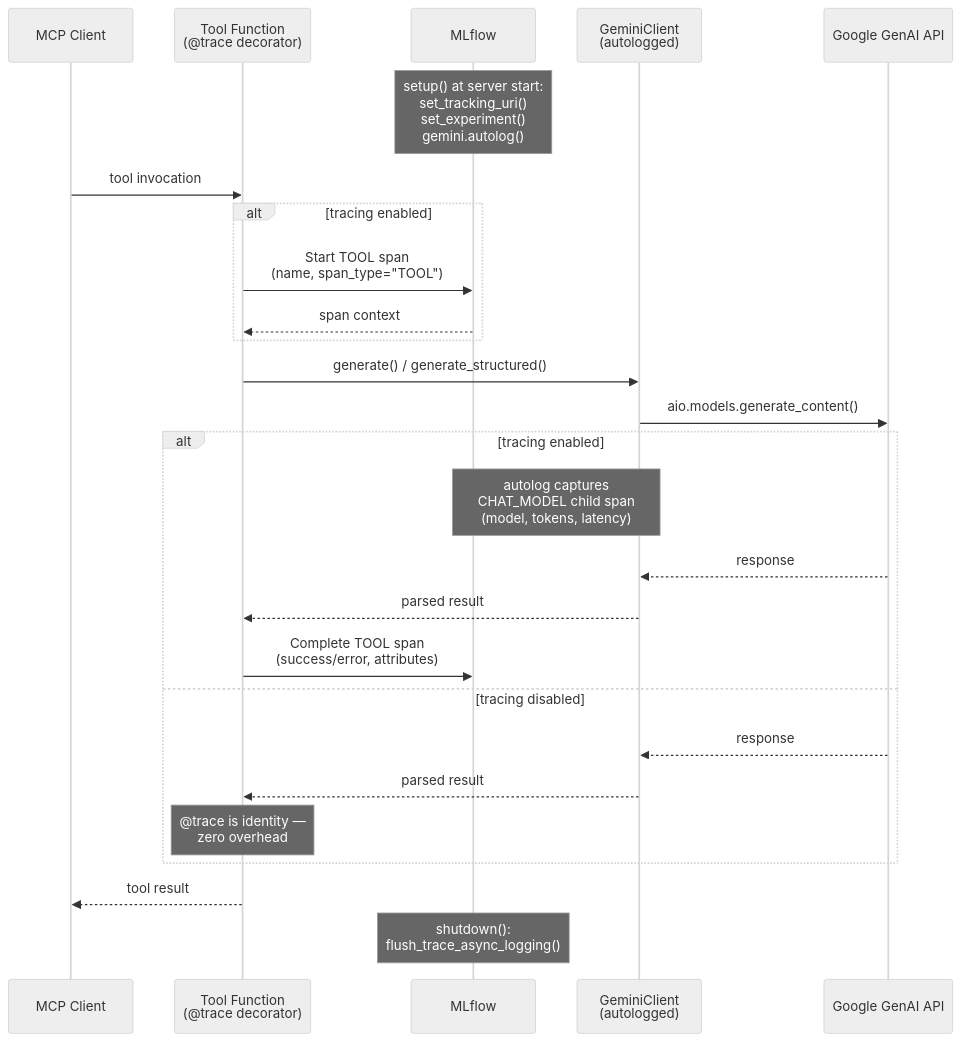
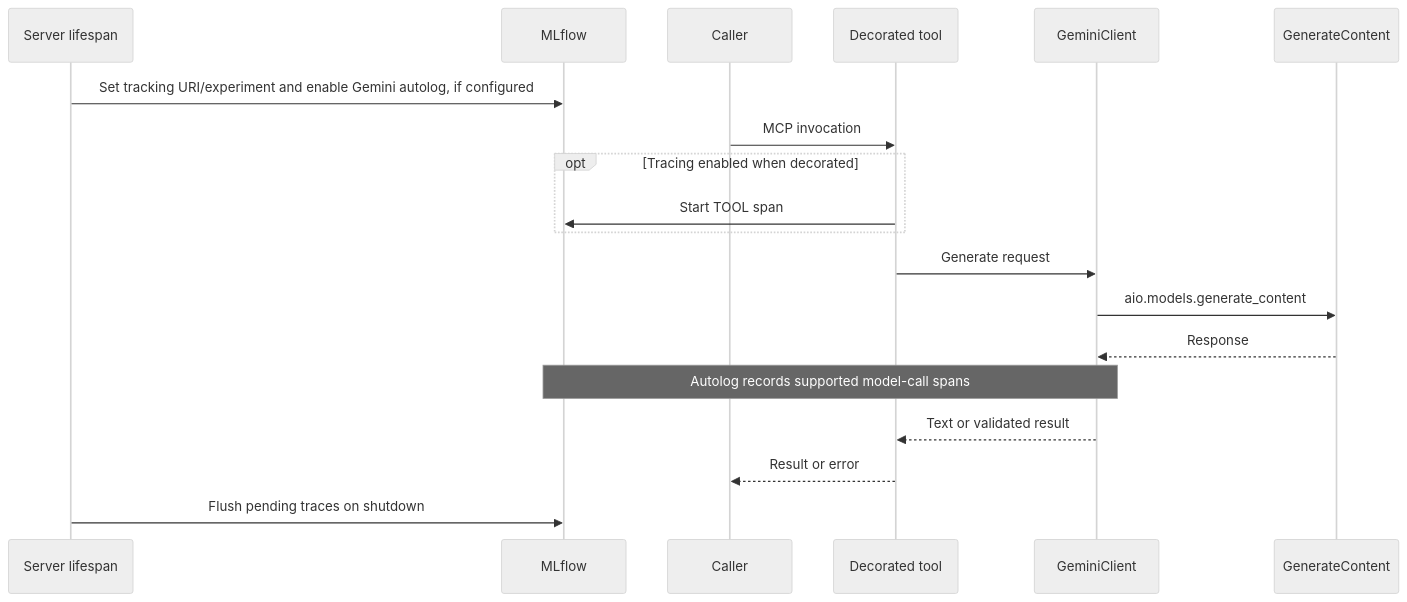
One commit to Galbaz1/video-research-mcp changed the sixth of 9 diagrams in docs/DIAGRAMS.md. Above: the diagram before and after it, drawn with Mermaid (neutral theme). The commit also changed other lines of this file and 39 other files, not shown here.

````diff
--- a/docs/DIAGRAMS.md
+++ b/docs/DIAGRAMS.md
@@ -397,35 +184,22 @@
 ```mermaid
 sequenceDiagram
-    participant MCP as MCP Client
-    participant Tool as Tool Function<br/>(@trace decorator)
-    participant MLflow as MLflow
-    participant Gemini as GeminiClient<br/>(autologged)
-    participant API as Google GenAI API
+    participant App as Server lifespan
+    participant MLflow
+    participant Caller
+    participant Tool as Decorated tool
+    participant Gemini as GeminiClient
+    participant API as GenerateContent
 
-    Note over MLflow: setup() at server start:<br/>set_tracking_uri()<br/>set_experiment()<br/>gemini.autolog()
-
-    MCP->>Tool: tool invocation
-
-    alt tracing enabled
-        Tool->>MLflow: Start TOOL span<br/>(name, span_type="TOOL")
-        MLflow-->>Tool: span context
+    App->>MLflow: Set tracking URI/experiment and enable Gemini autolog, if configured
+    Caller->>Tool: MCP invocation
+    opt Tracing enabled when decorated
+        Tool->>MLflow: Start TOOL span
     end
-
-    Tool->>Gemini: generate() / generate_structured()
-    Gemini->>API: aio.models.generate_content()
-
-    alt tracing enabled
-        Note over Gemini,MLflow: autolog captures<br/>CHAT_MODEL child span<br/>(model, tokens, latency)
-        API-->>Gemini: response
-        Gemini-->>Tool: parsed result
-        Tool->>MLflow: Complete TOOL span<br/>(success/error, attributes)
-    else tracing disabled
-        API-->>Gemini: response
-        Gemini-->>Tool: parsed result
-        Note over Tool: @trace is identity —<br/>zero overhead
-    end
-
-    Tool-->>MCP: tool result
-
-    Note over MLflow: shutdown():<br/>flush_trace_async_logging()
+    Tool->>Gemini: Generate request
+    Gemini->>API: aio.models.generate_content
+    API-->>Gemini: Response
+    Note over Gemini,MLflow: Autolog records supported model-call spans
+    Gemini-->>Tool: Text or validated result
+    Tool-->>Caller: Result or error
+    App->>MLflow: Flush pending traces on shutdown
 ```
````
